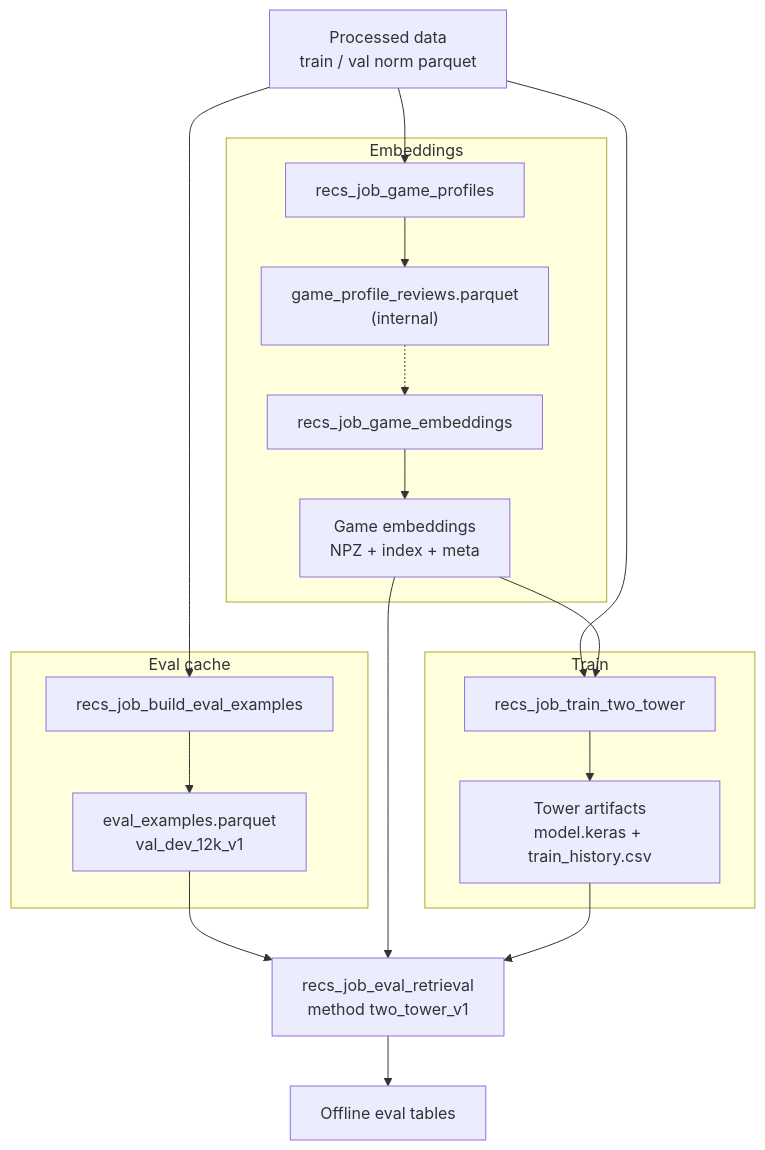
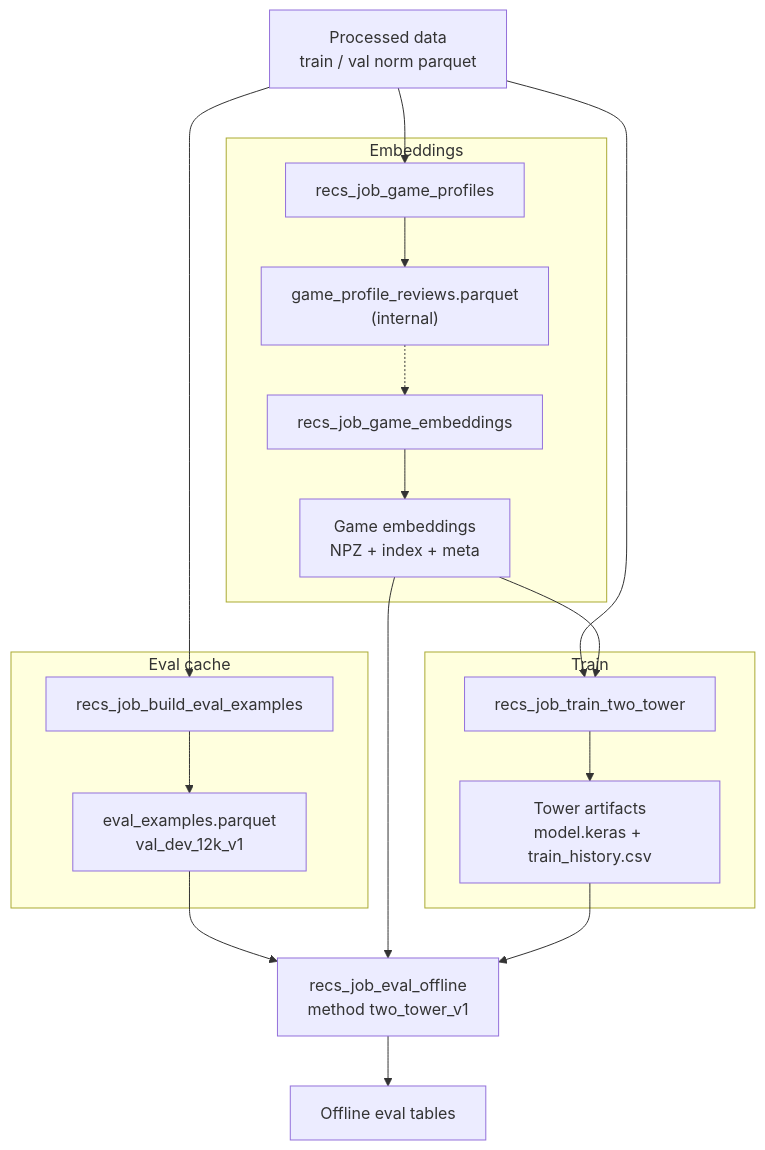
The diagram in docs/two_tower_pipeline_plan.md (rreuther8/steam-review-ml), drawn with Mermaid before and after one commit. The commit also changed other lines of this file and 41 other files, not shown here.

First line of the commit message:
Close out v1 offline eval: rename combined job, wire D1, add experiment registry.

````diff
--- a/docs/two_tower_pipeline_plan.md
+++ b/docs/two_tower_pipeline_plan.md
@@ -28,38 +28,38 @@
 ```mermaid
 flowchart TB
   data["Processed data<br/>train / val norm parquet"]
 
   subgraph lane_emb["Embeddings"]
     pj["recs_job_game_profiles"]
     po["game_profile_reviews.parquet<br/>(internal)"]
     ej["recs_job_game_embeddings"]
     emb["Game embeddings<br/>NPZ + index + meta"]
     pj --> po
     po -.-> ej
     ej --> emb
   end
 
   subgraph lane_cache["Eval cache"]
     cj["recs_job_build_eval_examples"]
     cache["eval_examples.parquet<br/>val_dev_12k_v1"]
     cj --> cache
   end
 
   subgraph lane_train["Train"]
     tj["recs_job_train_two_tower"]
     tout["Tower artifacts<br/>model.keras + train_history.csv"]
     tj --> tout
   end
 
-  evj["recs_job_eval_retrieval<br/>method two_tower_v1"]
+  evj["recs_job_eval_offline<br/>method two_tower_v1"]
   evo["Offline eval tables"]
 
   data --> pj
   data --> cj
   data --> tj
   emb --> tj
   cache --> evj
   emb --> evj
   tout --> evj
   evj --> evo
 ```
````
